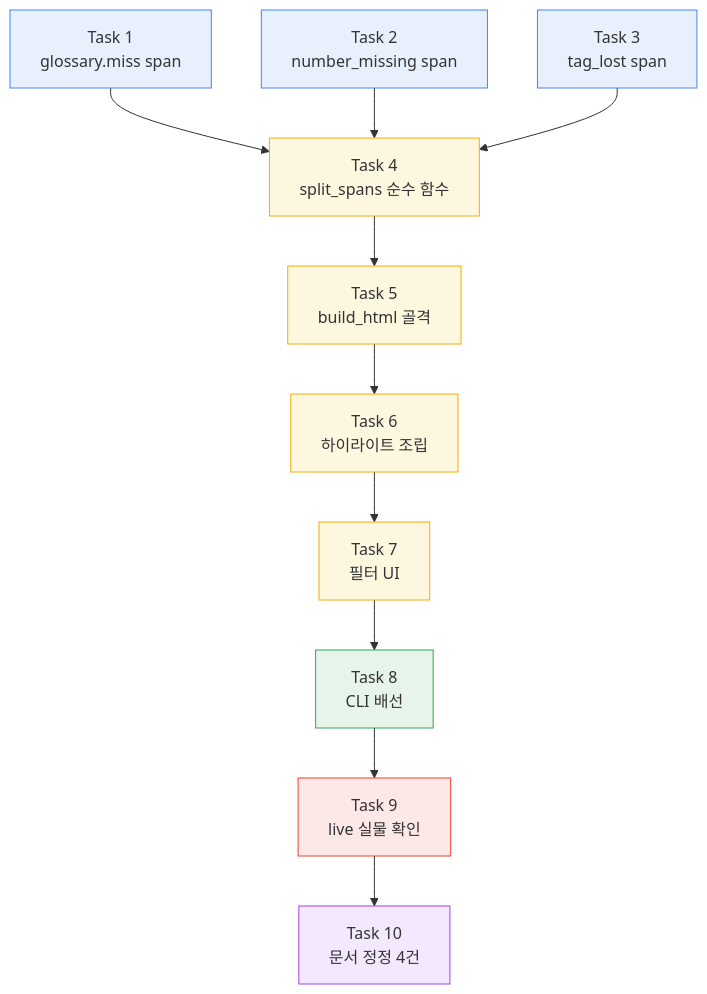
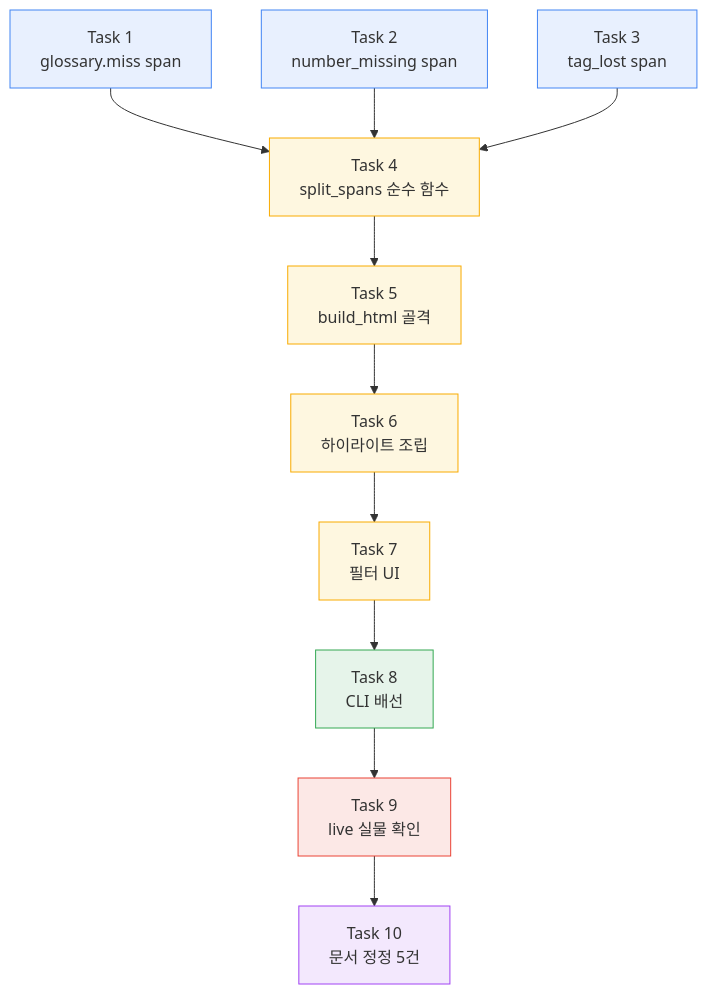
Before and after one commit to withwooyong/cuesift: the first of 2 diagrams in docs/superpowers/plans/2026-08-27-report-html.md, drawn with Mermaid. The commit also changed other lines of this file, not shown here.

First line of the commit message:
문서: Task 8의 구현 중 바뀐 결정과 변이 실측을 남긴다 (FR-7.3)

````diff
--- a/docs/superpowers/plans/2026-08-27-report-html.md
+++ b/docs/superpowers/plans/2026-08-27-report-html.md
@@ -90,24 +90,24 @@
 ```mermaid
 flowchart TD
     T1["Task 1<br/>glossary.miss span"] --> T4
     T2["Task 2<br/>number_missing span"] --> T4
     T3["Task 3<br/>tag_lost span"] --> T4
     T4["Task 4<br/>split_spans 순수 함수"] --> T5
     T5["Task 5<br/>build_html 골격"] --> T6
     T6["Task 6<br/>하이라이트 조립"] --> T7
     T7["Task 7<br/>필터 UI"] --> T8
     T8["Task 8<br/>CLI 배선"] --> T9
     T9["Task 9<br/>live 실물 확인"] --> T10
-    T10["Task 10<br/>문서 정정 4건"]
+    T10["Task 10<br/>문서 정정 5건"]
 
     style T1 fill:#e8f0fe,stroke:#4285f4
     style T2 fill:#e8f0fe,stroke:#4285f4
     style T3 fill:#e8f0fe,stroke:#4285f4
     style T4 fill:#fef7e0,stroke:#f9ab00
     style T5 fill:#fef7e0,stroke:#f9ab00
     style T6 fill:#fef7e0,stroke:#f9ab00
     style T7 fill:#fef7e0,stroke:#f9ab00
     style T8 fill:#e6f4ea,stroke:#34a853
     style T9 fill:#fce8e6,stroke:#ea4335
     style T10 fill:#f3e8fd,stroke:#a142f4
 ```
````
